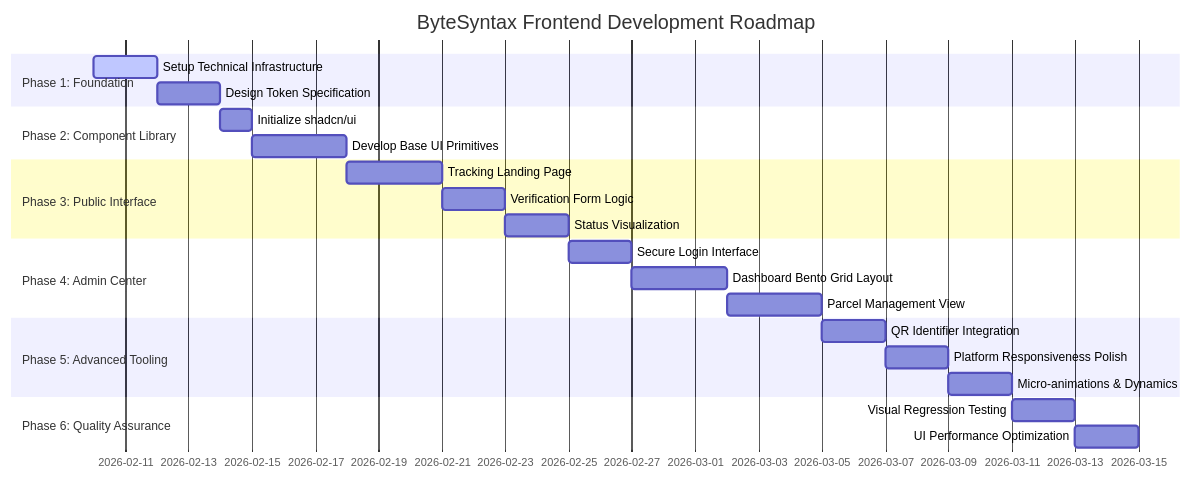
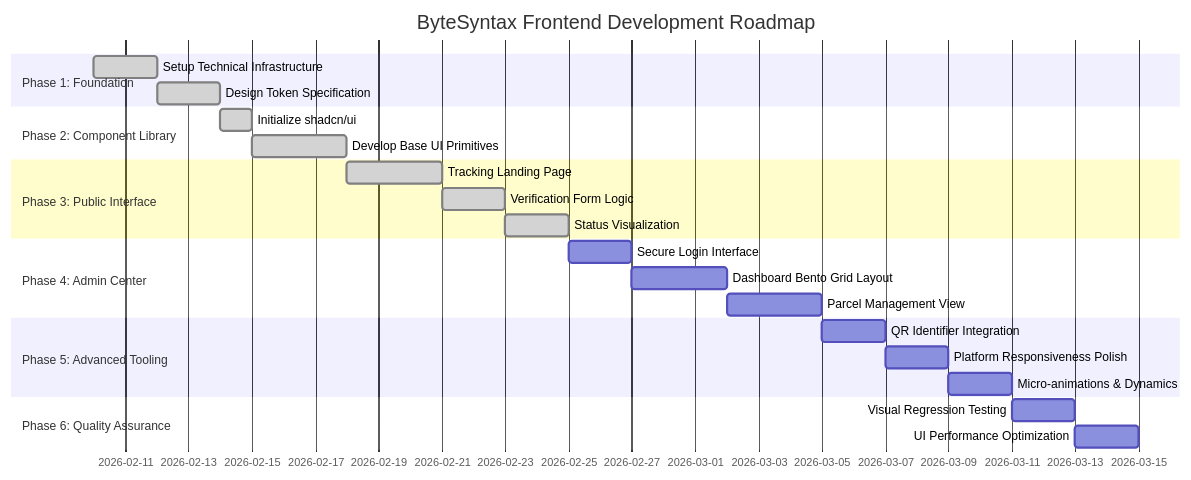
Before and after one commit to YohannesSOYA/ByteSyntax: the diagram in Frontend/frontend_gantt_plan.md, drawn with Mermaid. The commit also changed 1 other file, not shown here.

Commit message:
made a change

````diff
--- a/Frontend/frontend_gantt_plan.md
+++ b/Frontend/frontend_gantt_plan.md
@@ -7,26 +7,26 @@
 ```mermaid
 gantt
     title ByteSyntax Frontend Development Roadmap
     dateFormat  YYYY-MM-DD
     section Phase 1: Foundation
-    Setup Technical Infrastructure    :active, f1, 2026-02-10, 2d
-    Design Token Specification       :f2, after f1, 2d
+    Setup Technical Infrastructure    :done, f1, 2026-02-10, 2d
+    Design Token Specification       :done, f2, after f1, 2d
     section Phase 2: Component Library
-    Initialize shadcn/ui            :c1, after f2, 1d
-    Develop Base UI Primitives       :c2, after c1, 3d
+    Initialize shadcn/ui            :done, c1, after f2, 1d
+    Develop Base UI Primitives       :done, c2, after c1, 3d
     section Phase 3: Public Interface
-    Tracking Landing Page            :p1, after c2, 3d
-    Verification Form Logic          :p2, after p1, 2d
-    Status Visualization             :p3, after p2, 2d
+    Tracking Landing Page            :done, p1, after c2, 3d
+    Verification Form Logic          :done, p2, after p1, 2d
+    Status Visualization             :done, p3, after p2, 2d
     section Phase 4: Admin Center
     Secure Login Interface           :a1, after p3, 2d
     Dashboard Bento Grid Layout      :a2, after a1, 3d
     Parcel Management View           :a3, after a2, 3d
     section Phase 5: Advanced Tooling
     QR Identifier Integration        :t1, after a3, 2d
     Platform Responsiveness Polish   :t2, after t1, 2d
     Micro-animations & Dynamics      :t3, after t2, 2d
     section Phase 6: Quality Assurance
     Visual Regression Testing        :q1, after t3, 2d
     UI Performance Optimization      :q2, after q1, 2d
 ```
````
